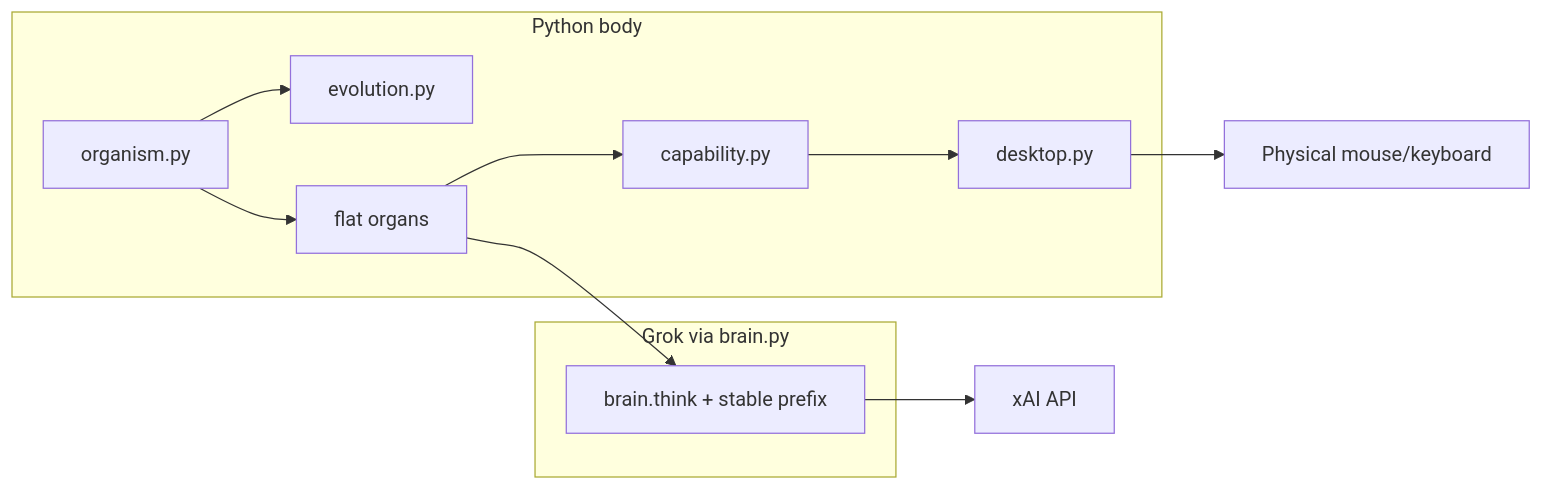
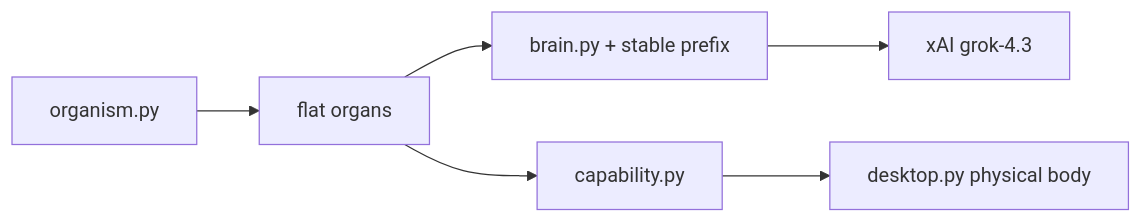
The first of 2 diagrams in README.md (wgabrys88/endgame-ai), drawn with Mermaid before and after one commit. The commit also changed other lines of this file, not shown here.

````diff
--- a/README.md
+++ b/README.md
@@ -36,20 +96,8 @@
 ```mermaid
 flowchart LR
-    subgraph body [Python body]
-        O[organism.py]
-        D[desktop.py]
-        C[capability.py]
-        E[evolution.py]
-        R[flat organs]
-    end
-    subgraph mind [Grok via brain.py]
-        B[brain.think + stable prefix]
-    end
-    O --> R
-    R --> B
-    B --> Grok[xAI API]
-    R --> C
-    C --> D
-    O --> E
-    D --> Win32[Physical mouse/keyboard]
+    O[organism.py] --> R[flat organs]
+    R --> B[brain.py + stable prefix]
+    B --> Grok[xAI grok-4.3]
+    R --> C[capability.py]
+    C --> D[desktop.py physical body]
 ```
````
